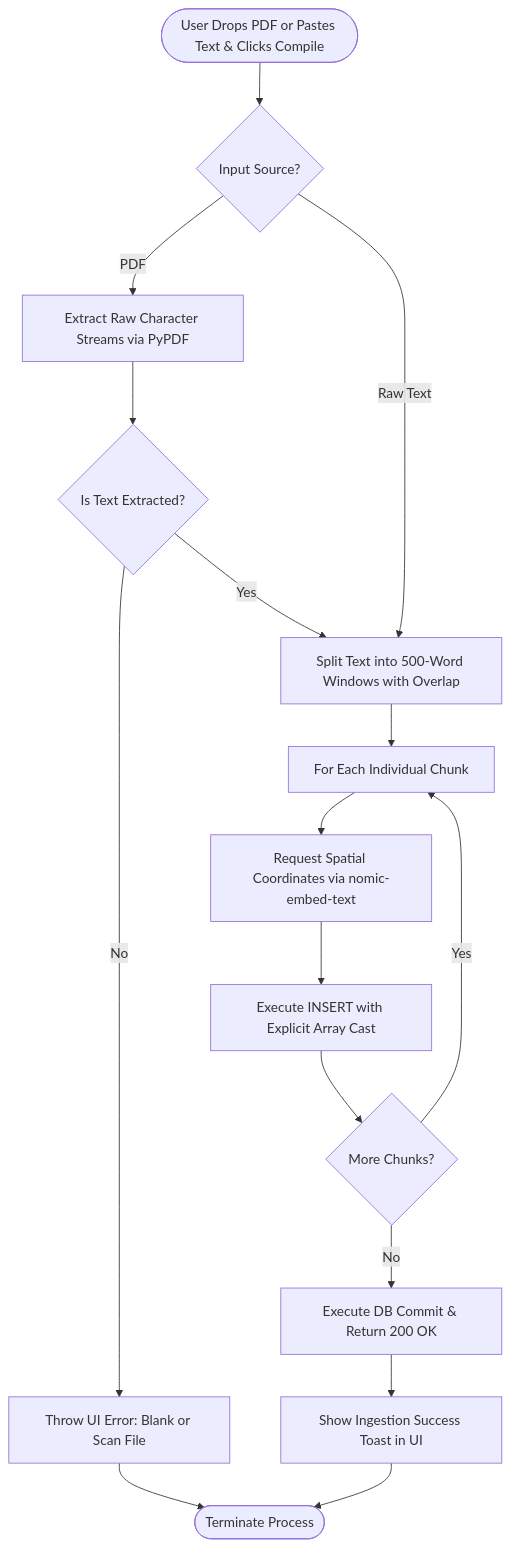
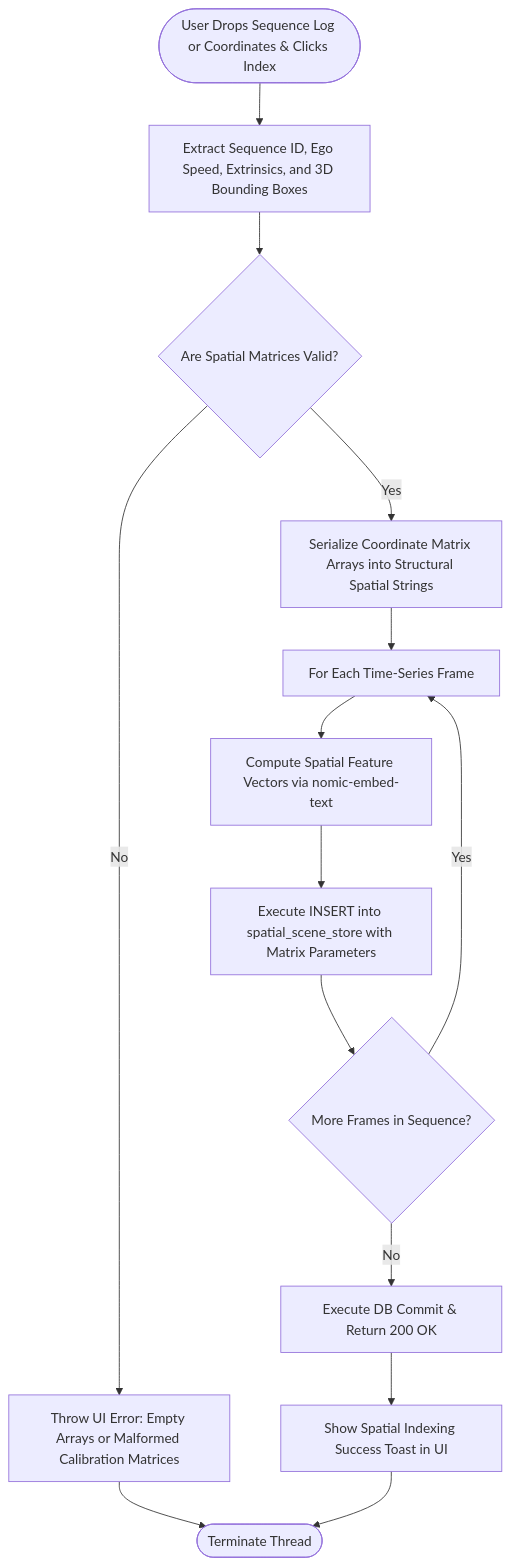
The second of 3 diagrams in README.md (ayadav348/ai_embedding), drawn with Mermaid before and after one commit. The commit also changed other lines of this file and 1 other file, not shown here.

First line of the commit message:
Pivot project to Local 3D Scene Discovery & Volumetric Object Retrieval Engine

````diff
--- a/README.md
+++ b/README.md
@@ -114,20 +120,18 @@
 ```mermaid
 graph TD
-    Start([User Drops PDF or Pastes Text & Clicks Compile]) --> SourceType{Input Source?}
+    Start([User Drops Sequence Log or Coordinates & Clicks Index]) --> IngestParser[Extract Sequence ID, Ego Speed, Extrinsics, and 3D Bounding Boxes]
+    IngestParser --> IntegrityCheck{Are Spatial Matrices Valid?}
     
-    SourceType -- PDF --> Extract[Extract Raw Character Streams via PyPDF]
-    Extract --> Condition{Is Text Extracted?}
-    Condition -- No --> Error[Throw UI Error: Blank or Scan File] --> End([Terminate Process])
-    Condition -- Yes --> Chunk
+    IntegrityCheck -- No --> Error[Throw UI Error: Empty Arrays or Malformed Calibration Matrices] --> End([Terminate Thread])
+    IntegrityCheck -- Yes --> Serialize[Serialize Coordinate Matrix Arrays into Structural Spatial Strings]
 
-    SourceType -- Raw Text --> Chunk[Split Text into 500-Word Windows with Overlap]
-    
-    Chunk --> LoopStart[For Each Individual Chunk]
-    LoopStart --> Embed[Request Spatial Coordinates via nomic-embed-text]
-    Embed --> SQL[Execute INSERT with Explicit Array Cast]
-    SQL --> LoopCondition{More Chunks?}
+    Serialize --> LoopStart[For Each Time-Series Frame]
+    LoopStart --> Embed[Compute Spatial Feature Vectors via nomic-embed-text]
+    Embed --> SQL[Execute INSERT into spatial_scene_store with Matrix Parameters]
+    SQL --> LoopCondition{More Frames in Sequence?}
     
     LoopCondition -- Yes --> LoopStart
     LoopCondition -- No --> Commit[Execute DB Commit & Return 200 OK]
-    Commit --> Success[Show Ingestion Success Toast in UI] --> End
+    Commit --> Success[Show Spatial Indexing Success Toast in UI] --> End
+
 ```
````
